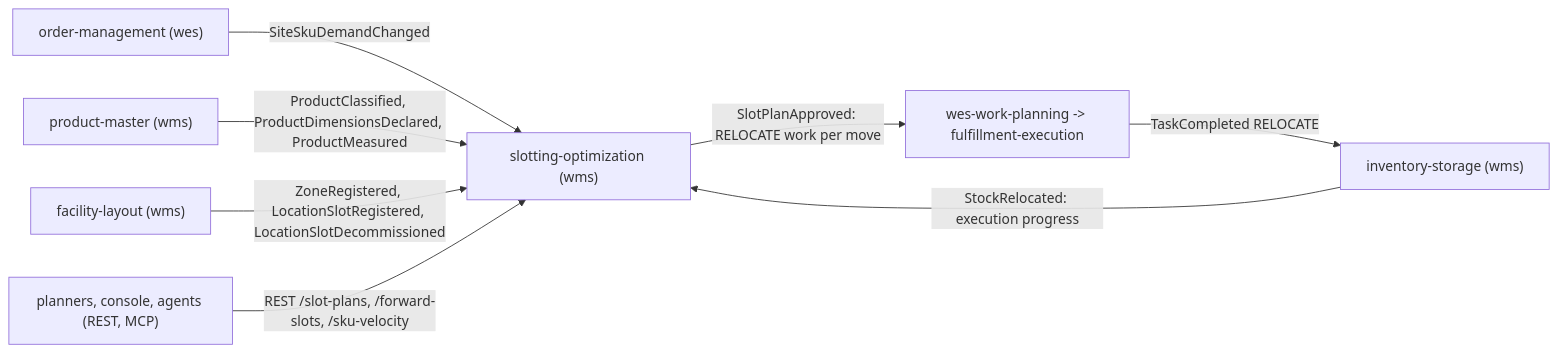
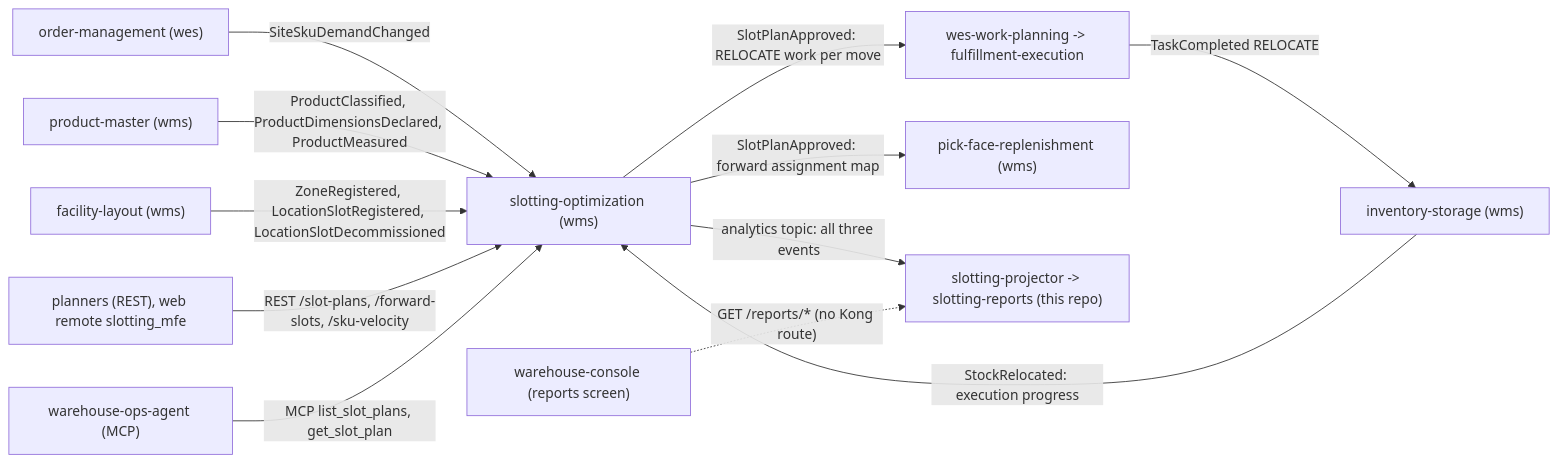
The diagram in docs/docs/ecosystem/integration.md (IQVO/slotting-optimization), drawn with Mermaid before and after one commit. The commit also changed other lines of this file and 3 other files, not shown here.

First line of the commit message:
docs: analytical ER, read-side use cases, testing recount, integration edges

````diff
--- a/docs/docs/ecosystem/integration.md
+++ b/docs/docs/ecosystem/integration.md
@@ -17,17 +17,25 @@
 ```mermaid
 flowchart LR
     om["order-management (wes)"]
     pm["product-master (wms)"]
     fl["facility-layout (wms)"]
     so["slotting-optimization (wms)"]
     is["inventory-storage (wms)"]
-    users["planners, console, agents (REST, MCP)"]
+    users["planners (REST), web remote slotting_mfe"]
+    agent["warehouse-ops-agent (MCP)"]
+    console["warehouse-console (reports screen)"]
     wwp["wes-work-planning -> fulfillment-execution"]
+    pfr["pick-face-replenishment (wms)"]
+    proj["slotting-projector -> slotting-reports (this repo)"]
     om -->|"SiteSkuDemandChanged"| so
     pm -->|"ProductClassified, ProductDimensionsDeclared, ProductMeasured"| so
     fl -->|"ZoneRegistered, LocationSlotRegistered, LocationSlotDecommissioned"| so
     users -->|"REST /slot-plans, /forward-slots, /sku-velocity"| so
+    agent -->|"MCP list_slot_plans, get_slot_plan"| so
     so -->|"SlotPlanApproved: RELOCATE work per move"| wwp
+    so -->|"SlotPlanApproved: forward assignment map"| pfr
+    so -->|"analytics topic: all three events"| proj
+    console -.->|"GET /reports/* (no Kong route)"| proj
     wwp -->|"TaskCompleted RELOCATE"| is
     is -->|"StockRelocated: execution progress"| so
 ```
````
